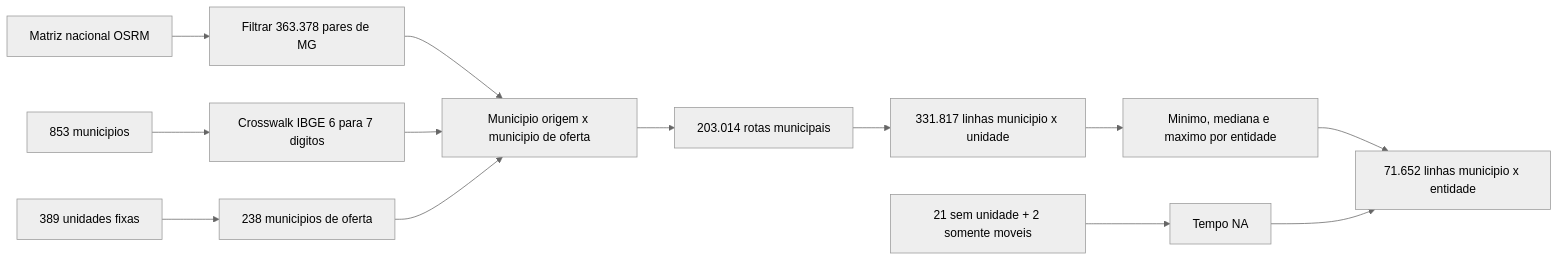
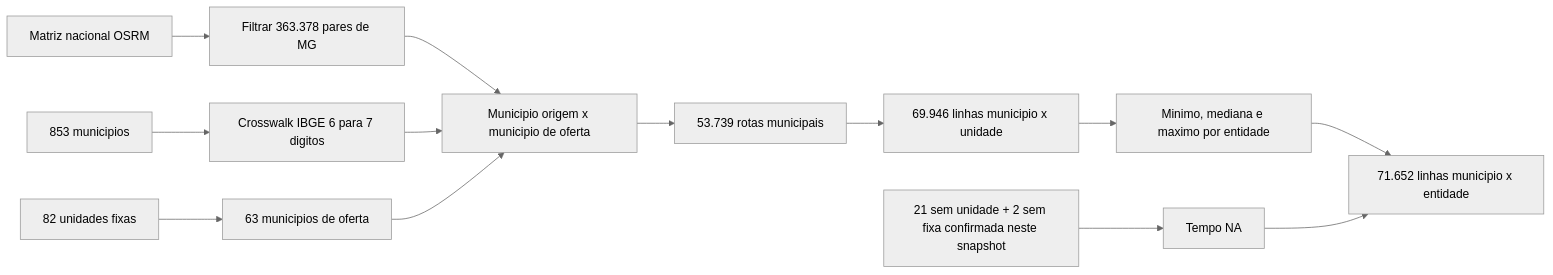
The fifth of 8 diagrams in analises/modelo_gravitacional_saude/METODOLOGIA_GERAL.md (driano1221/consorcios-mg-dados-territorio), drawn with Mermaid (neutral theme) before and after one commit. The commit also changed other lines of this file and 15 other files, not shown here.

````diff
--- a/analises/modelo_gravitacional_saude/METODOLOGIA_GERAL.md
+++ b/analises/modelo_gravitacional_saude/METODOLOGIA_GERAL.md
@@ -430,15 +439,15 @@
 ```mermaid
 flowchart LR
     A["Matriz nacional OSRM"] --> B["Filtrar 363.378 pares de MG"]
     C["853 municipios"] --> D["Crosswalk IBGE 6 para 7 digitos"]
-    E["389 unidades fixas"] --> F["238 municipios de oferta"]
+    E["82 unidades fixas"] --> F["63 municipios de oferta"]
     B --> G["Municipio origem x municipio de oferta"]
     D --> G
     F --> G
-    G --> H["203.014 rotas municipais"]
-    H --> I["331.817 linhas municipio x unidade"]
+    G --> H["53.739 rotas municipais"]
+    H --> I["69.946 linhas municipio x unidade"]
     I --> J["Minimo, mediana e maximo por entidade"]
-    K["21 sem unidade + 2 somente moveis"] --> L["Tempo NA"]
+    K["21 sem unidade + 2 sem fixa confirmada neste snapshot"] --> L["Tempo NA"]
     J --> M["71.652 linhas municipio x entidade"]
     L --> M
 ```
````
